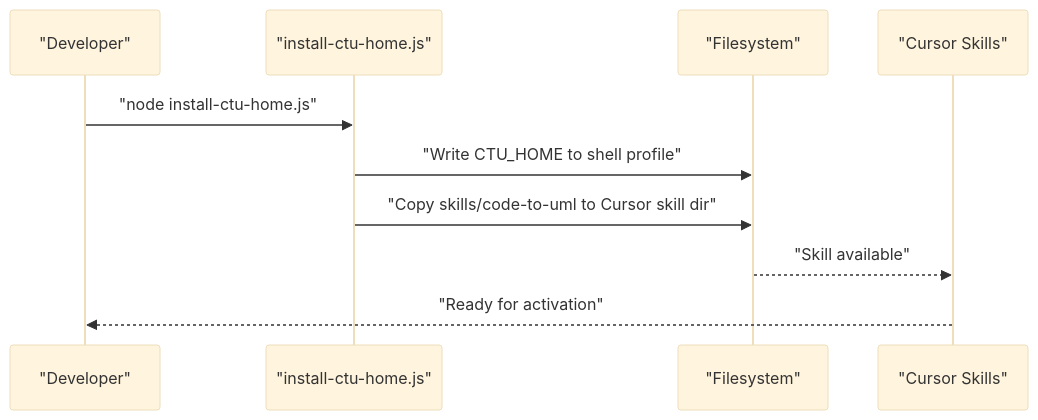
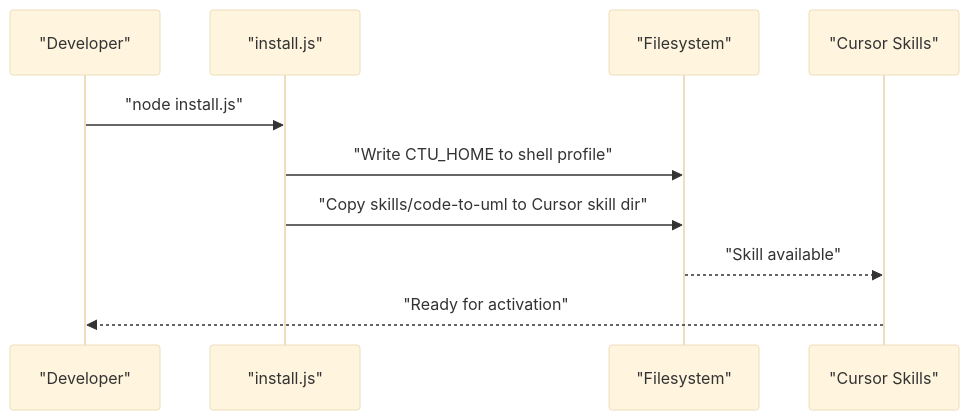
The fourth of 9 diagrams in .qoder/repowiki/en/content/AI Agent Integration/Agent Setup Guides/Cursor Integration.md (pingwurth/code-to-uml), drawn with Mermaid (base theme) before and after one commit. The commit also changed other lines of this file and 26 other files, not shown here.

Commit message:
rename install-ctu-home.js install.js

````diff
--- a/.qoder/repowiki/en/content/AI Agent Integration/Agent Setup Guides/Cursor Integration.md
+++ b/.qoder/repowiki/en/content/AI Agent Integration/Agent Setup Guides/Cursor Integration.md
@@ -156,12 +156,12 @@
 ```mermaid
 sequenceDiagram
 participant Dev as "Developer"
-participant Script as "install-ctu-home.js"
+participant Script as "install.js"
 participant FS as "Filesystem"
 participant Cursor as "Cursor Skills"
-Dev->>Script : "node install-ctu-home.js"
+Dev->>Script : "node install.js"
 Script->>FS : "Write CTU_HOME to shell profile"
 Script->>FS : "Copy skills/code-to-uml to Cursor skill dir"
 FS-->>Cursor : "Skill available"
 Cursor-->>Dev : "Ready for activation"
 ```
````
